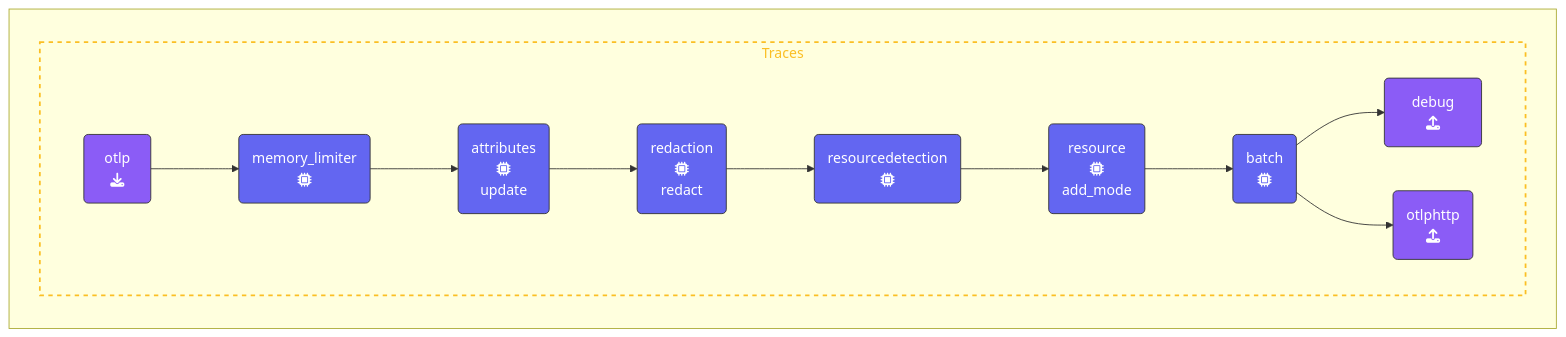
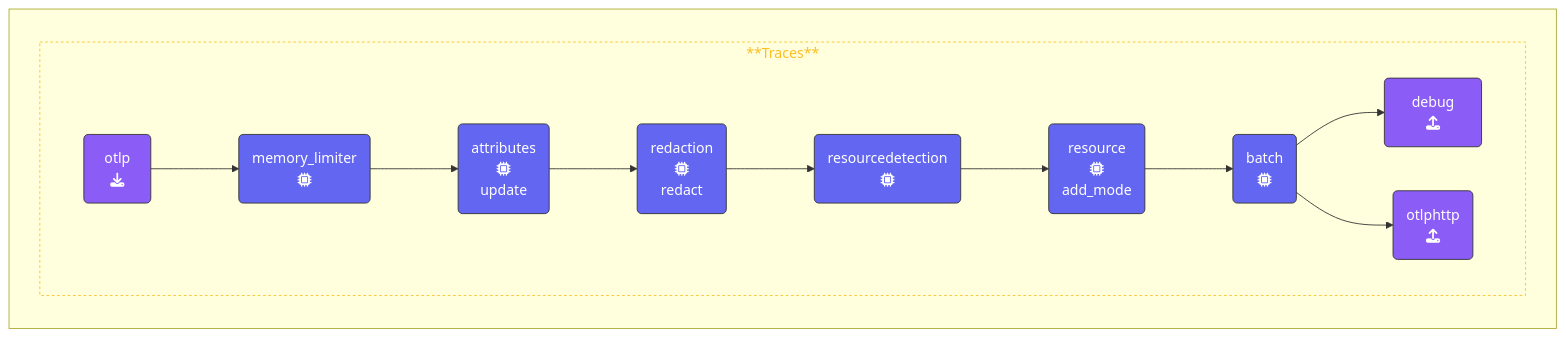
Before and after one commit to splunk/observability-workshop: the diagram in content/en/ninja-workshops/10-advanced-otel/6-sensitive-data/_index.md, drawn with Mermaid. The commit also changed 8 other files, not shown here.

Commit message:
Mermaid styling

````diff
--- a/content/en/ninja-workshops/10-advanced-otel/6-sensitive-data/_index.md
+++ b/content/en/ninja-workshops/10-advanced-otel/6-sensitive-data/_index.md
@@ -108,33 +108,33 @@
 ```mermaid
 %%{init:{"fontFamily":"monospace"}}%%
 graph LR
     %% Nodes
       REC1(&nbsp;&nbsp;otlp&nbsp;&nbsp;<br>fa:fa-download):::receiver
       PRO1(memory_limiter<br>fa:fa-microchip):::processor
       PRO2(resourcedetection<br>fa:fa-microchip):::processor
       PRO3(resource<br>fa:fa-microchip<br>add_mode):::processor
       PRO5(batch<br>fa:fa-microchip):::processor
       PRO6(attributes<br>fa:fa-microchip<br>update):::processor
       PRO7(redaction<br>fa:fa-microchip<br>redact):::processor
       EXP1(otlphttp<br>fa:fa-upload):::exporter
       EXP2(&ensp;&ensp;debug&ensp;&ensp;<br>fa:fa-upload):::exporter
     %% Links
     subID1:::sub-traces
     subgraph " "
-      subgraph subID1[Traces]
+      subgraph subID1[**Traces**]
       direction LR
       REC1 --> PRO1
       PRO1 --> PRO6
       PRO6 --> PRO7
       PRO7 --> PRO2
       PRO2 --> PRO3
       PRO3 --> PRO5
       PRO5 --> EXP2
       PRO5 --> EXP1
       end
     end
 classDef receiver,exporter fill:#8b5cf6,stroke:#333,stroke-width:1px,color:#fff;
 classDef processor fill:#6366f1,stroke:#333,stroke-width:1px,color:#fff;
 classDef con-receive,con-export fill:#45c175,stroke:#333,stroke-width:1px,color:#fff;
-classDef sub-traces stroke:#fbbf24,stroke-width:2px, color:#fbbf24,stroke-dasharray: 5 5;
+classDef sub-traces stroke:#fbbf24,stroke-width:1px, color:#fbbf24,stroke-dasharray: 3 3;
 ```
````
